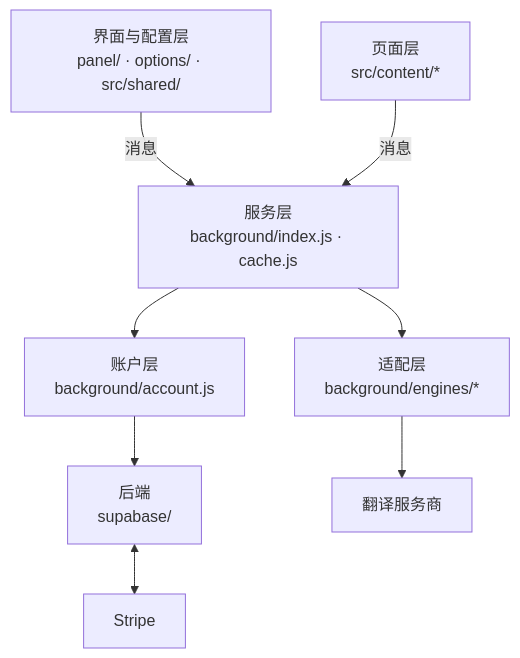
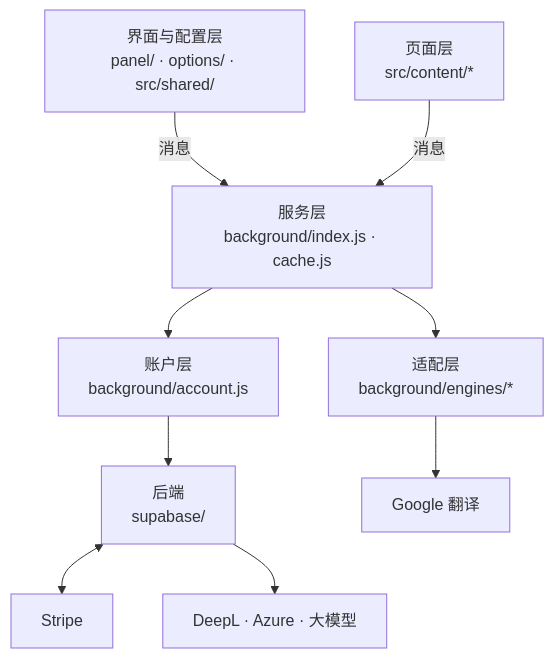
One commit to pandatalk8/glimmer changed the second of 12 diagrams in docs/architecture.md. Above: the diagram before and after it, drawn with Mermaid. The commit also changed other lines of this file and 37 other files, not shown here.

````diff
--- a/docs/architecture.md
+++ b/docs/architecture.md
@@ -91,18 +94,20 @@
 ```mermaid
 flowchart TB
   UI["界面与配置层<br/>panel/ · options/ · src/shared/"]
   PAGE["页面层<br/>src/content/*"]
   SVC["服务层<br/>background/index.js · cache.js"]
   ADP["适配层<br/>background/engines/*"]
   ACCT["账户层<br/>background/account.js"]
   BE["后端<br/>supabase/"]
-  EXT1["翻译服务商"]
+  EXT1["Google 翻译"]
   EXT2["Stripe"]
+  EXT3["DeepL · Azure · 大模型"]
   UI -- "消息" --> SVC
   PAGE -- "消息" --> SVC
   SVC --> ADP
   SVC --> ACCT
   ADP --> EXT1
   ACCT --> BE
   BE <--> EXT2
+  BE --> EXT3
 ```
````
